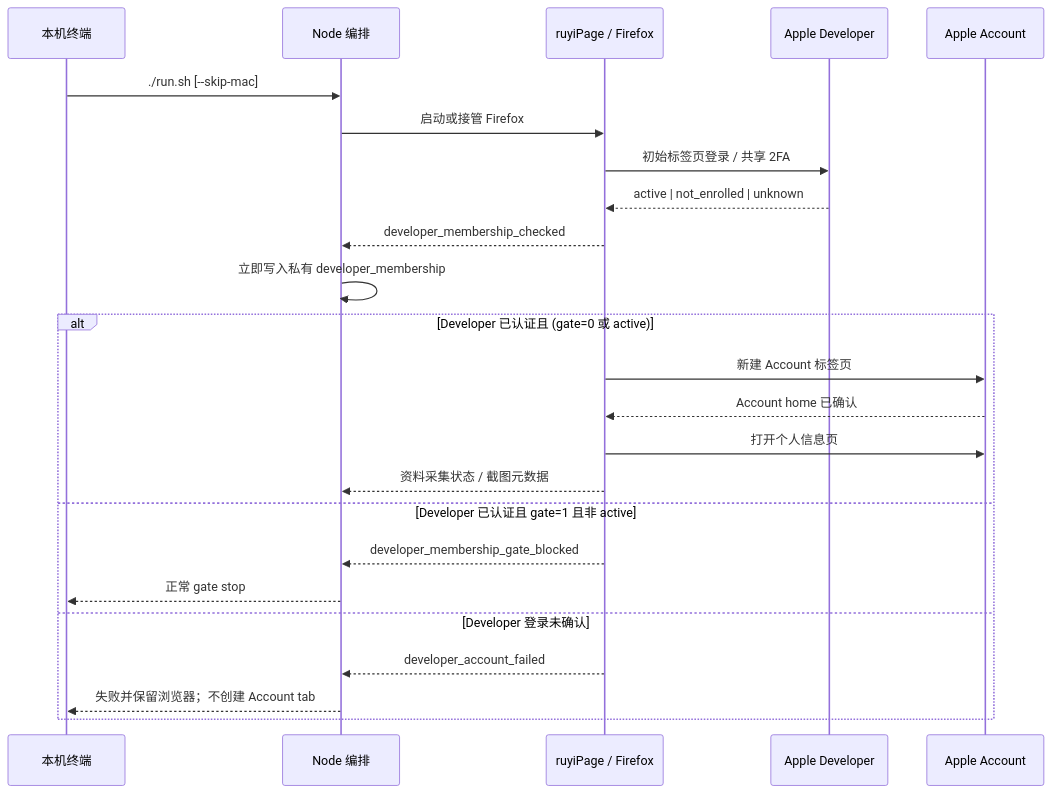
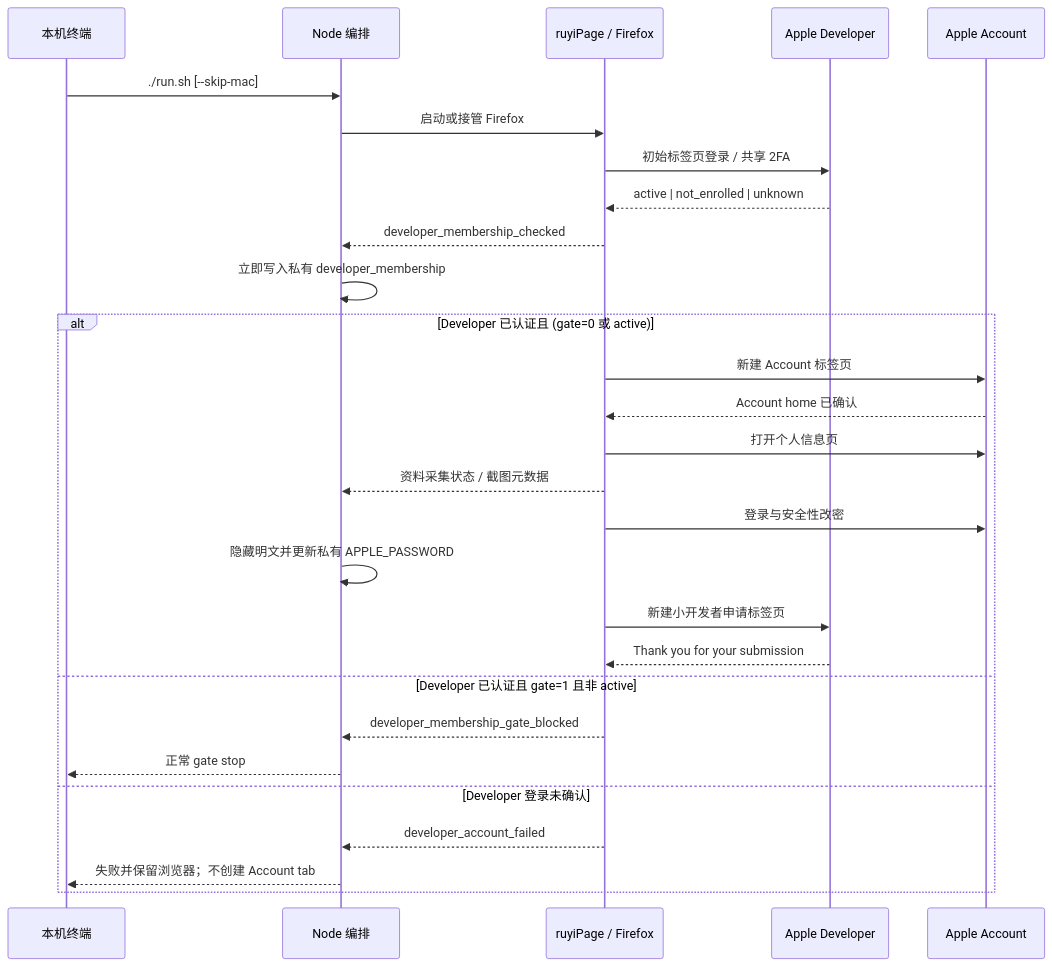
One commit to jiahaoyin/AutoMation changed the diagram in docs/RUNTIME_RUNBOOK.md. Above: the diagram before and after it, drawn with Mermaid. The commit also changed other lines of this file and 11 other files, not shown here.

Commit message:
feat: complete account password and small business flow

```diff
--- a/docs/RUNTIME_RUNBOOK.md
+++ b/docs/RUNTIME_RUNBOOK.md
@@ -17,27 +19,31 @@
 ~~~mermaid
 sequenceDiagram
     participant User as 本机终端
     participant Node as Node 编排
     participant Ruyi as ruyiPage / Firefox
     participant Dev as Apple Developer
     participant Account as Apple Account
 
     User->>Node: ./run.sh [--skip-mac]
     Node->>Ruyi: 启动或接管 Firefox
     Ruyi->>Dev: 初始标签页登录 / 共享 2FA
     Dev-->>Ruyi: active | not_enrolled | unknown
     Ruyi-->>Node: developer_membership_checked
     Node->>Node: 立即写入私有 developer_membership
     alt Developer 已认证且 (gate=0 或 active)
         Ruyi->>Account: 新建 Account 标签页
         Account-->>Ruyi: Account home 已确认
         Ruyi->>Account: 打开个人信息页
         Ruyi-->>Node: 资料采集状态 / 截图元数据
+        Ruyi->>Account: 登录与安全性改密
+        Node->>Node: 隐藏明文并更新私有 APPLE_PASSWORD
+        Ruyi->>Dev: 新建小开发者申请标签页
+        Dev-->>Ruyi: Thank you for your submission
     else Developer 已认证且 gate=1 且非 active
         Ruyi-->>Node: developer_membership_gate_blocked
         Node-->>User: 正常 gate stop
     else Developer 登录未确认
         Ruyi-->>Node: developer_account_failed
         Node-->>User: 失败并保留浏览器；不创建 Account tab
     end
 ~~~
```
